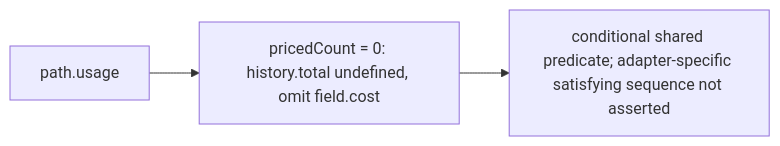
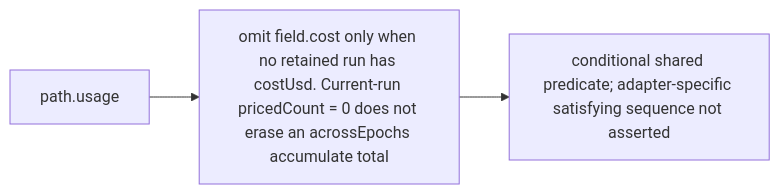
One commit to vibefield/vibefield changed the diagram in audit/godview/plan/graphs/states/state.cost_missing.mmd. Above: the diagram before and after it, drawn with Mermaid. The commit also changed 43 other files, not shown here.

First line of the commit message:
GV-AUDIT6: take 68dde825 and hold second-half cost flows pending

```diff
--- a/audit/godview/plan/graphs/states/state.cost_missing.mmd
+++ b/audit/godview/plan/graphs/states/state.cost_missing.mmd
@@ -1,8 +1,8 @@
 %% graph_ref: path.usage
 %% state: state.cost_missing
 %% shared_map: 07e71c9bcb9532fc181e3f667f2d0ed2e7c9afaf
 flowchart LR
-  pred["pricedCount = 0: history.total undefined, omit field.cost"]
+  pred["omit field.cost only when no retained run has costUsd. Current-run pricedCount = 0 does not erase an acrossEpochs accumulate total"]
   src["path.usage"]
   verdict["conditional shared predicate; adapter-specific satisfying sequence not asserted"]
   src --> pred --> verdict
```
